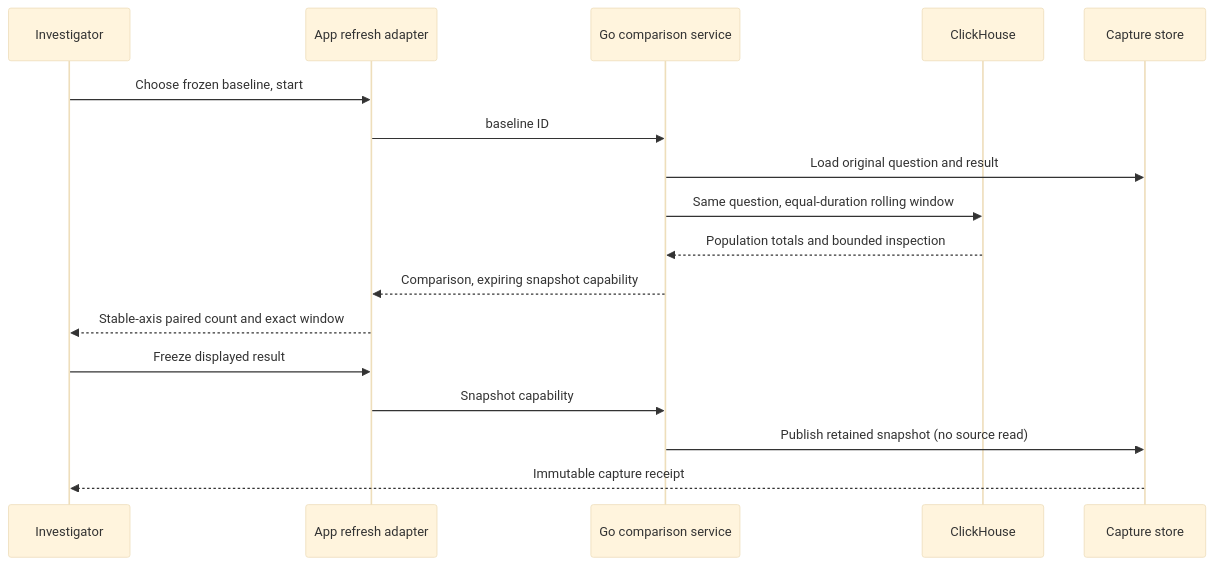
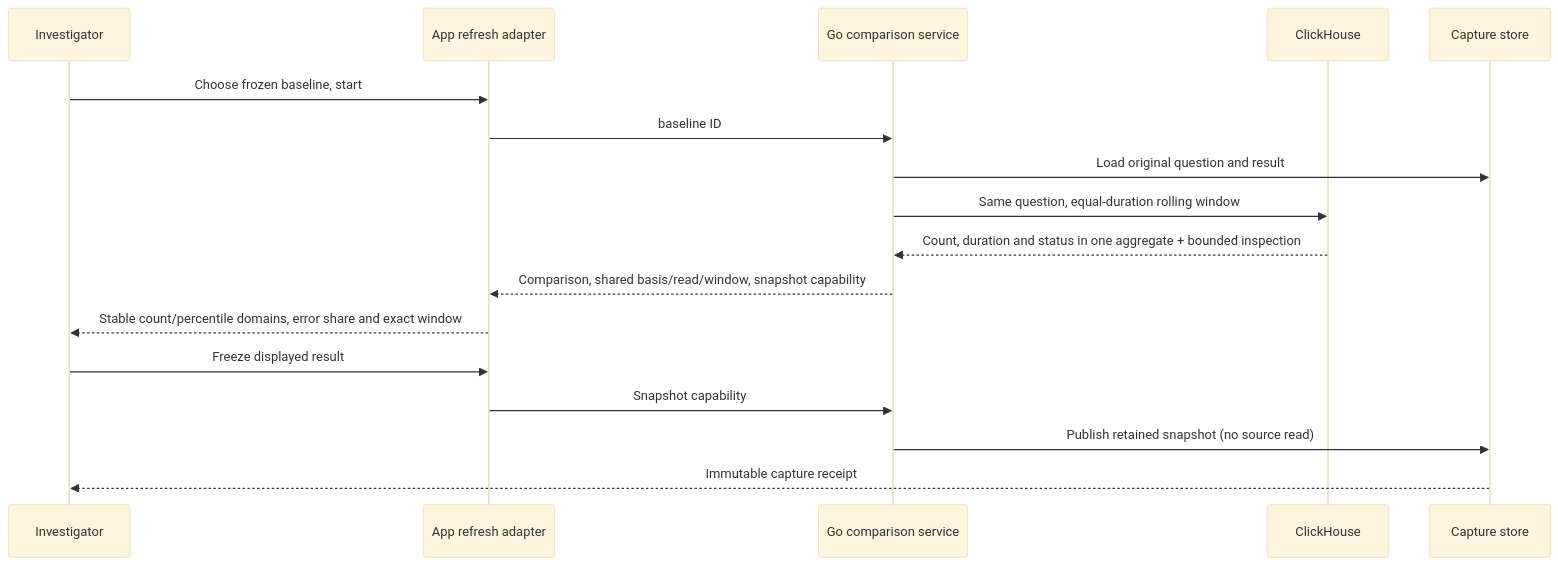
Before and after one commit to casselc/goo: the diagram in docs/LIVE_COMPARISON.md, drawn with Mermaid (base theme). The commit also changed other lines of this file and 40 other files, not shown here.

Commit message:
Compare live span latency and recorded error share

````diff
--- a/docs/LIVE_COMPARISON.md
+++ b/docs/LIVE_COMPARISON.md
@@ -55,19 +66,19 @@
 ```mermaid
 sequenceDiagram
  participant U as Investigator
  participant A as App refresh adapter
  participant G as Go comparison service
  participant C as ClickHouse
  participant S as Capture store
  U->>A: Choose frozen baseline, start
  A->>G: baseline ID
  G->>S: Load original question and result
  G->>C: Same question, equal-duration rolling window
- C-->>G: Population totals and bounded inspection
- G-->>A: Comparison, expiring snapshot capability
- A-->>U: Stable-axis paired count and exact window
+ C-->>G: Count, duration and status in one aggregate + bounded inspection
+ G-->>A: Comparison, shared basis/read/window, snapshot capability
+ A-->>U: Stable count/percentile domains, error share and exact window
  U->>A: Freeze displayed result
  A->>G: Snapshot capability
  G->>S: Publish retained snapshot (no source read)
  S-->>U: Immutable capture receipt
 ```
````
